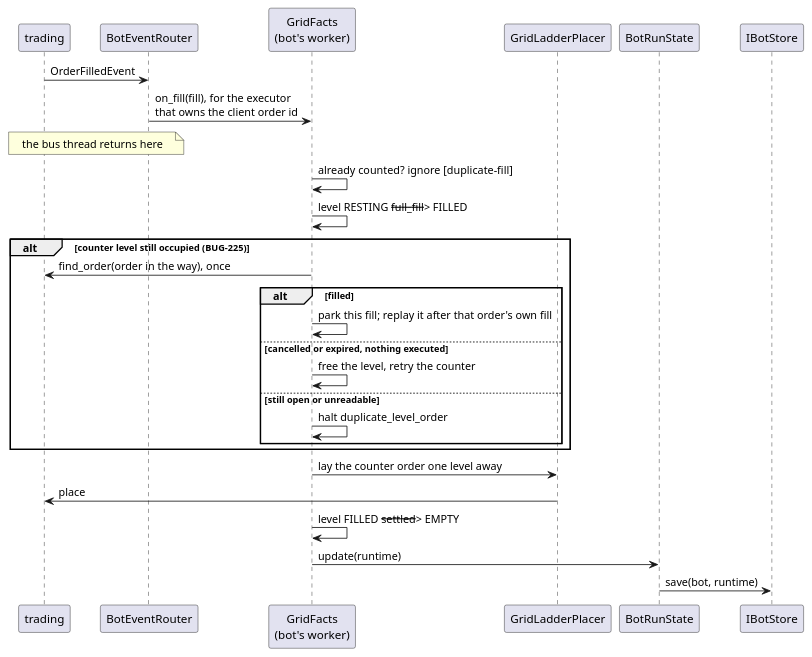
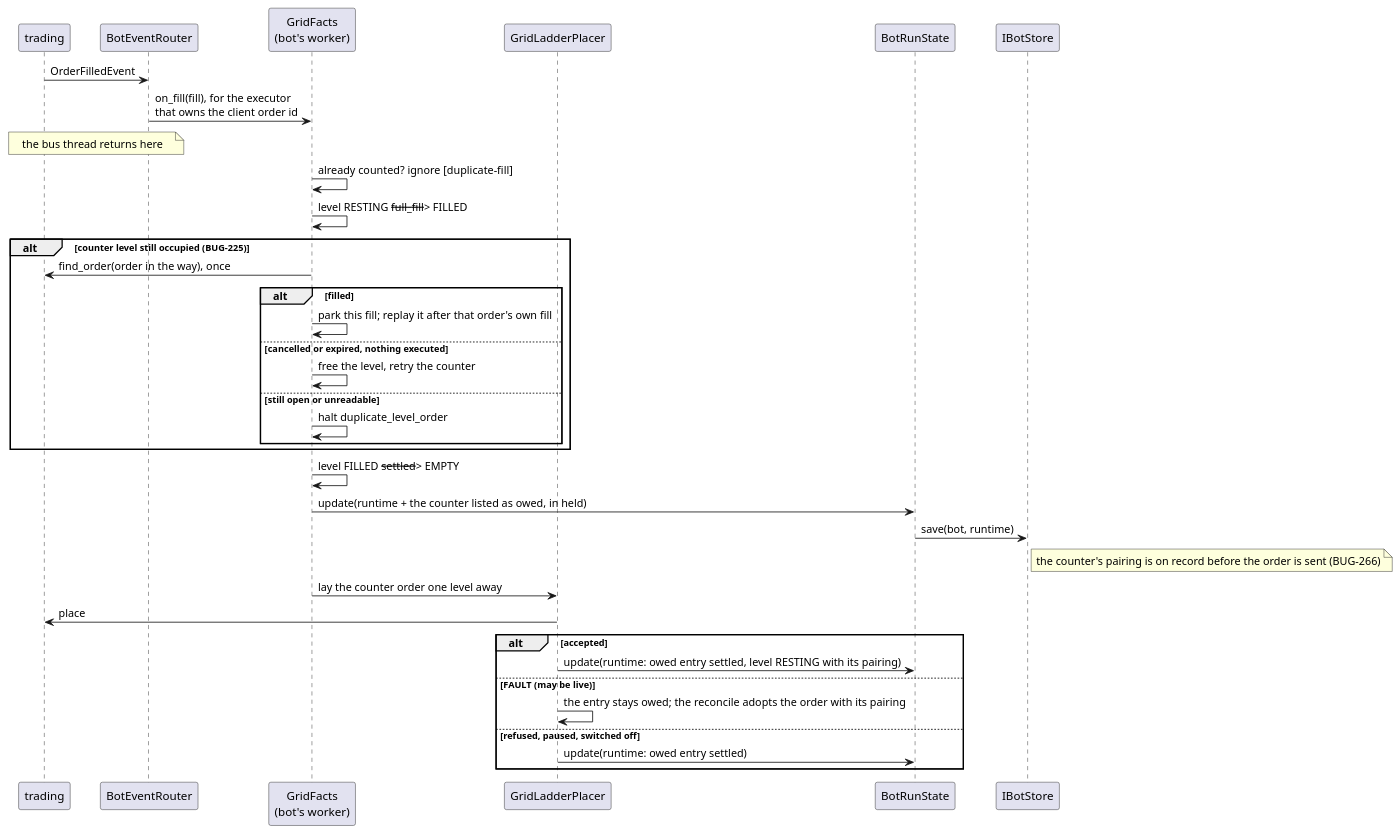
One commit to anhembedded/Sagittarius_Elite_Warrior changed the diagram in Docs/MODULES/bots/diagrams/06-fill.puml. Above: the diagram before and after it, drawn with PlantUML. The commit also changed 10 other files, not shown here.

```diff
--- a/Docs/MODULES/bots/diagrams/06-fill.puml
+++ b/Docs/MODULES/bots/diagrams/06-fill.puml
@@ -3,29 +3,37 @@
 @startuml 06-fill
 participant trading as T
 participant BotEventRouter as RT
 participant "GridFacts\n(bot's worker)" as F
 participant GridLadderPlacer as L
 participant BotRunState as S
 participant IBotStore as ST
 
 T -> RT : OrderFilledEvent
 RT -> F : on_fill(fill), for the executor\nthat owns the client order id
 note over T, RT : the bus thread returns here
 F -> F : already counted? ignore [duplicate-fill]
 F -> F : level RESTING --full_fill--> FILLED
 alt counter level still occupied (BUG-225)
   F -> T : find_order(order in the way), once
   alt filled
     F -> F : park this fill; replay it after that order's own fill
   else cancelled or expired, nothing executed
     F -> F : free the level, retry the counter
   else still open or unreadable
     F -> F : halt duplicate_level_order
   end
 end
+F -> F : level FILLED --settled--> EMPTY
+F -> S : update(runtime + the counter listed as owed, in held)
+S -> ST : save(bot, runtime)
+note right of ST : the counter's pairing is on record before the order is sent (BUG-266)
 F -> L : lay the counter order one level away
 L -> T : place
-F -> F : level FILLED --settled--> EMPTY
-F -> S : update(runtime)
-S -> ST : save(bot, runtime)
+alt accepted
+  L -> S : update(runtime: owed entry settled, level RESTING with its pairing)
+else FAULT (may be live)
+  L -> L : the entry stays owed; the reconcile adopts the order with its pairing
+else refused, paused, switched off
+  L -> S : update(runtime: owed entry settled)
+end
 @enduml
```
